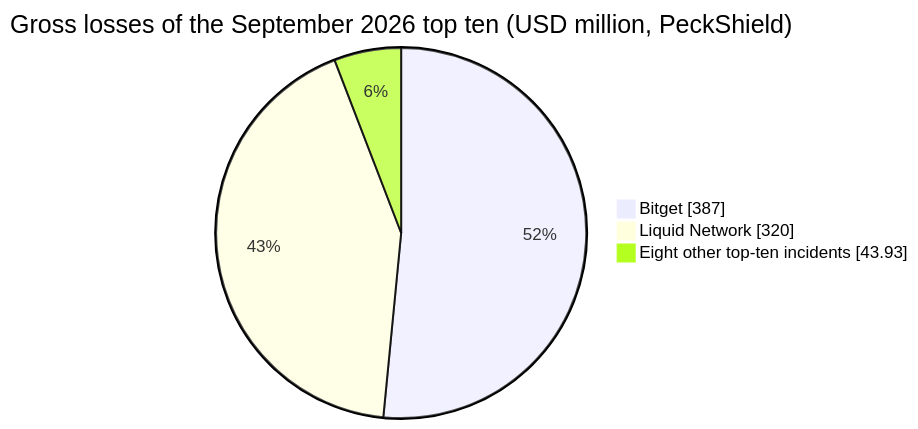
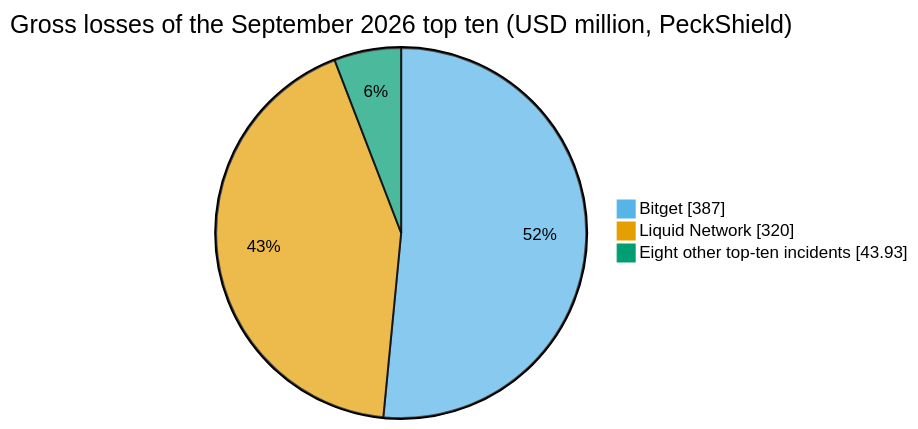
One commit to rya-sge/access-denied changed the first of 4 diagrams in _posts/2026-10-06-crypto-hacks-september-2026.md. Above: the diagram before and after it, drawn with Mermaid.

Commit message:
Update article

````diff
--- a/_posts/2026-10-06-crypto-hacks-september-2026.md
+++ b/_posts/2026-10-06-crypto-hacks-september-2026.md
@@ -92,7 +92,8 @@
 ```mermaid
+%%{init: {"themeVariables": {"pie1": "#56B4E9", "pie2": "#E69F00", "pie3": "#009E73", "cScale1": "#56B4E9", "cScale2": "#E69F00", "cScale3": "#009E73", "pieSectionTextColor": "#000000"}}}%%
 pie showData
     title Gross losses of the September 2026 top ten (USD million, PeckShield)
     "Bitget" : 387
     "Liquid Network" : 320
     "Eight other top-ten incidents" : 43.93
 ```
````
